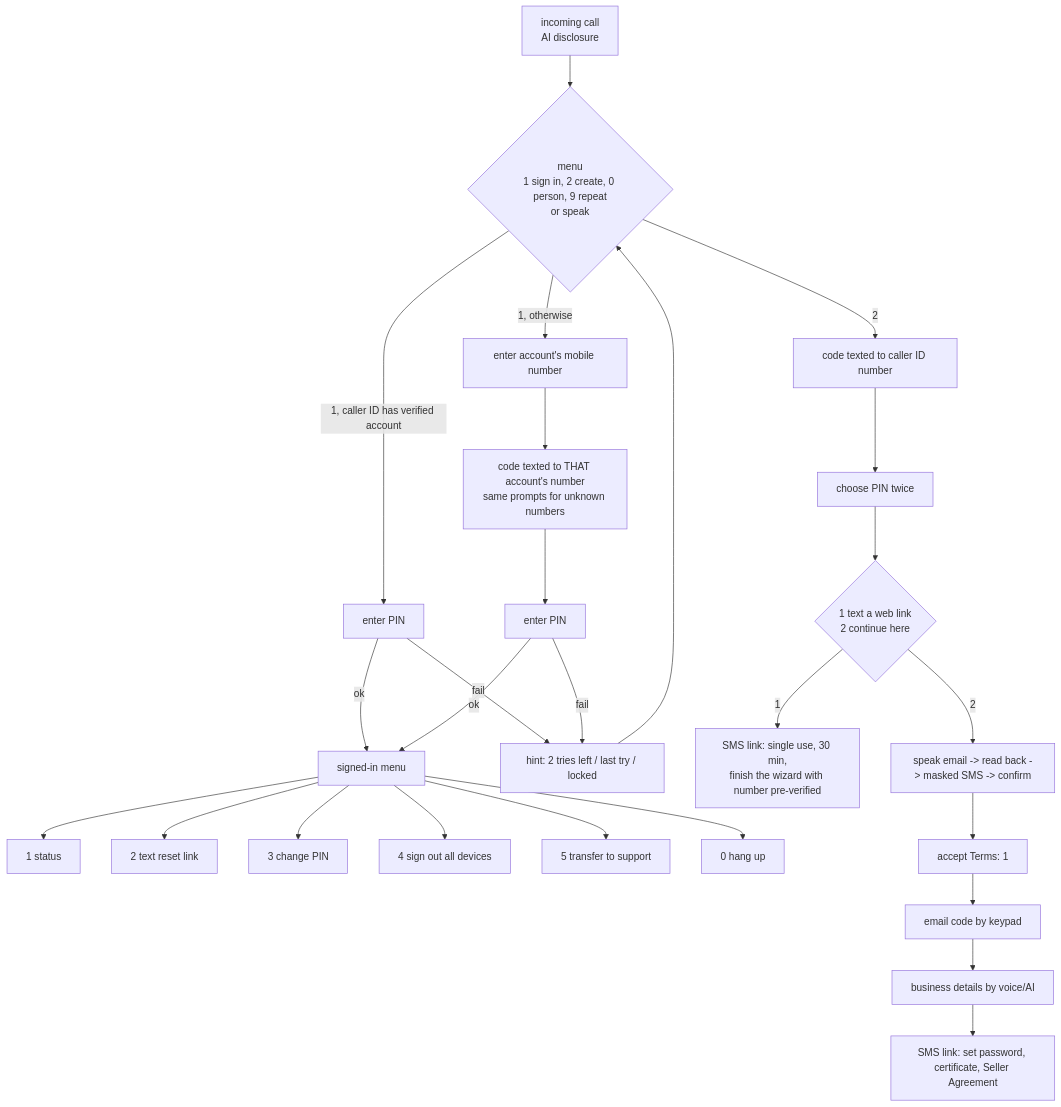
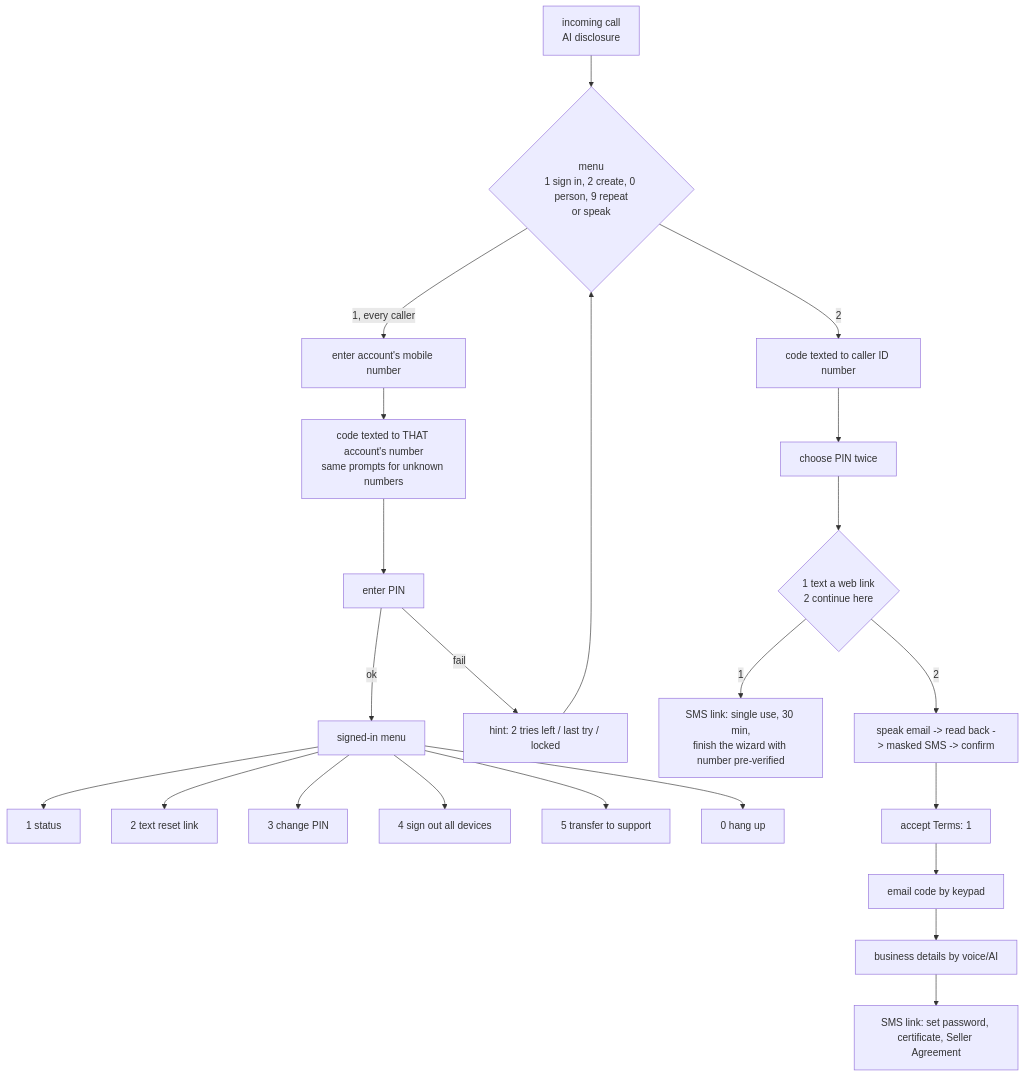
Before and after one commit to Yanky1/Yanky1-test-login-backend: the second of 3 diagrams in docs/PHONE-SMS.md, drawn with Mermaid. The commit also changed other lines of this file and 15 other files, not shown here.

Commit message:
Phone review fixes: hold number+PIN until email verified, first-number step-up, identical voice prompts, UTF-8 TwiML, redaction, allowlist enforcement, seq claim, session revocation (+17 tests)

````diff
--- a/docs/PHONE-SMS.md
+++ b/docs/PHONE-SMS.md
@@ -37,14 +37,13 @@
 ```mermaid
 flowchart TD
   A[incoming call<br/>AI disclosure] --> M{menu<br/>1 sign in, 2 create, 0 person, 9 repeat<br/>or speak}
-  M -->|1, caller ID has verified account| P1[enter PIN]
-  M -->|1, otherwise| N[enter account's mobile number]
+  M -->|1, every caller| N[enter account's mobile number]
   N --> C[code texted to THAT account's number<br/>same prompts for unknown numbers]
   C --> P2[enter PIN]
-  P1 & P2 -->|ok| AM[signed-in menu]
-  P1 & P2 -->|fail| H[hint: 2 tries left / last try / locked] --> M
+  P2 -->|ok| AM[signed-in menu]
+  P2 -->|fail| H[hint: 2 tries left / last try / locked] --> M
   AM --> S[1 status] & R[2 text reset link] & CP[3 change PIN] & LO[4 sign out all devices] & T[5 transfer to support] & Z[0 hang up]
   M -->|2| SC[code texted to caller ID number] --> PIN[choose PIN twice] --> CH{1 text a web link<br/>2 continue here}
   CH -->|1| L[SMS link: single use, 30 min,<br/>finish the wizard with number pre-verified]
   CH -->|2| EM[speak email -> read back -> masked SMS -> confirm] --> TC[accept Terms: 1] --> EC[email code by keypad] --> B[business details by voice/AI] --> L2[SMS link: set password, certificate, Seller Agreement]
 ```
````
